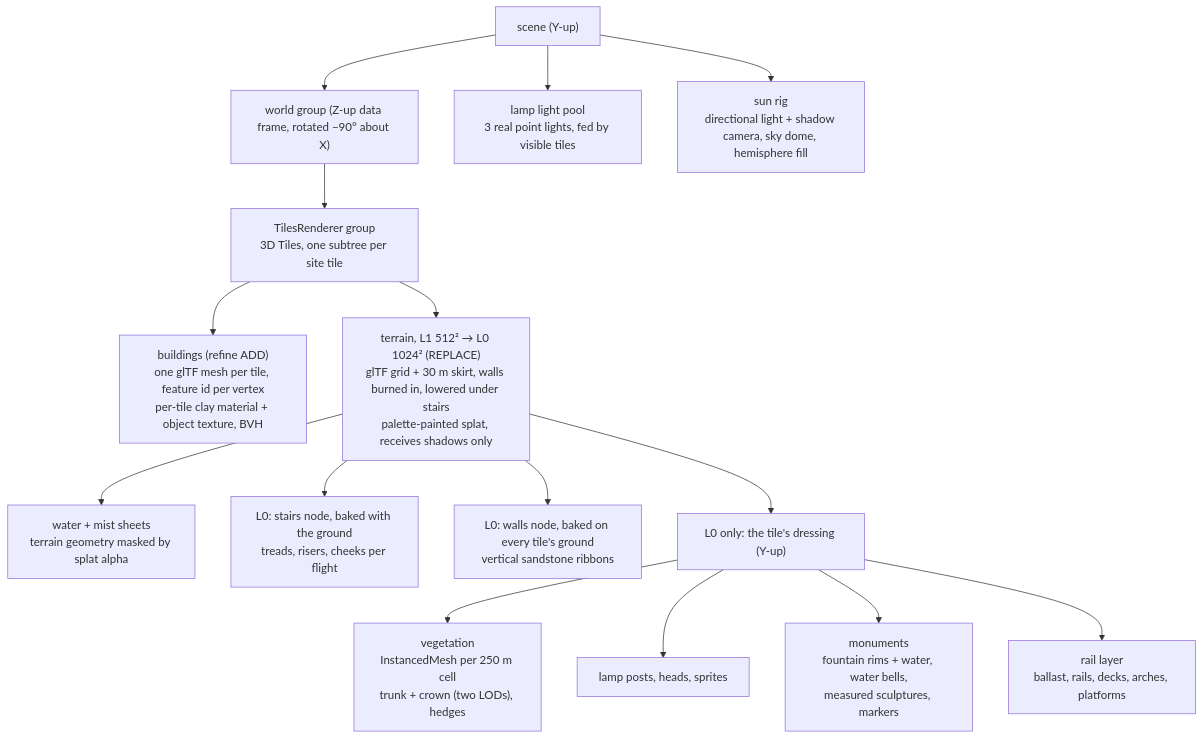
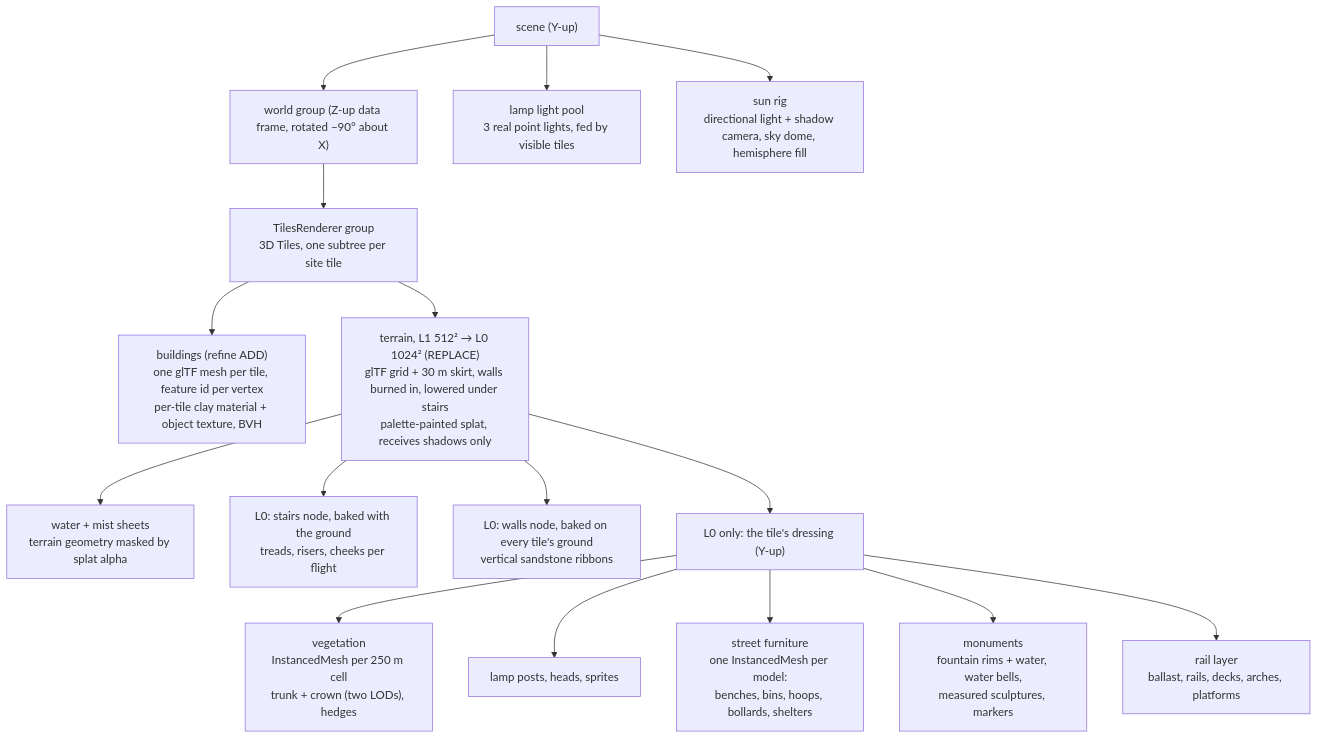
Before and after one commit to mdugue/bridge: the first of 2 diagrams in docs/rendering.md, drawn with Mermaid. The commit also changed other lines of this file and 43 other files, not shown here.

First line of the commit message:
feat(furniture): benches, bins, bicycle stands and shelters from OSM

````diff
--- a/docs/rendering.md
+++ b/docs/rendering.md
@@ -25,20 +25,21 @@
 ```mermaid
 flowchart TB
   SCENE["scene (Y-up)"]
   WORLD["world group (Z-up data frame, rotated −90° about X)"]
   TILES["TilesRenderer group<br/>3D Tiles, one subtree per site tile"]
   SCENE --> WORLD
   WORLD --> TILES
   TILES --> CITY["buildings (refine ADD)<br/>one glTF mesh per tile, feature id per vertex<br/>per-tile clay material + object texture, BVH"]
   TILES --> TER["terrain, L1 512² → L0 1024² (REPLACE)<br/>glTF grid + 30 m skirt, walls burned in, lowered under stairs<br/>palette-painted splat, receives shadows only"]
   TER --> WAT["water + mist sheets<br/>terrain geometry masked by splat alpha"]
   TER --> STAIR["L0: stairs node, baked with the ground<br/>treads, risers, cheeks per flight"]
   TER --> WALL["L0: walls node, baked on every tile's ground<br/>vertical sandstone ribbons"]
   TER --> DRESS["L0 only: the tile's dressing (Y-up)"]
   DRESS --> VEG["vegetation<br/>InstancedMesh per 250 m cell<br/>trunk + crown (two LODs), hedges"]
   DRESS --> LAMP["lamp posts, heads, sprites"]
+  DRESS --> FURN["street furniture<br/>one InstancedMesh per model:<br/>benches, bins, hoops, bollards, shelters"]
   DRESS --> MON["monuments<br/>fountain rims + water, water bells,<br/>measured sculptures, markers"]
   DRESS --> RAIL["rail layer<br/>ballast, rails, decks, arches, platforms"]
   SCENE --> LIGHTS["lamp light pool<br/>3 real point lights, fed by visible tiles"]
   SCENE --> SUN["sun rig<br/>directional light + shadow camera, sky dome, hemisphere fill"]
 ```
````
